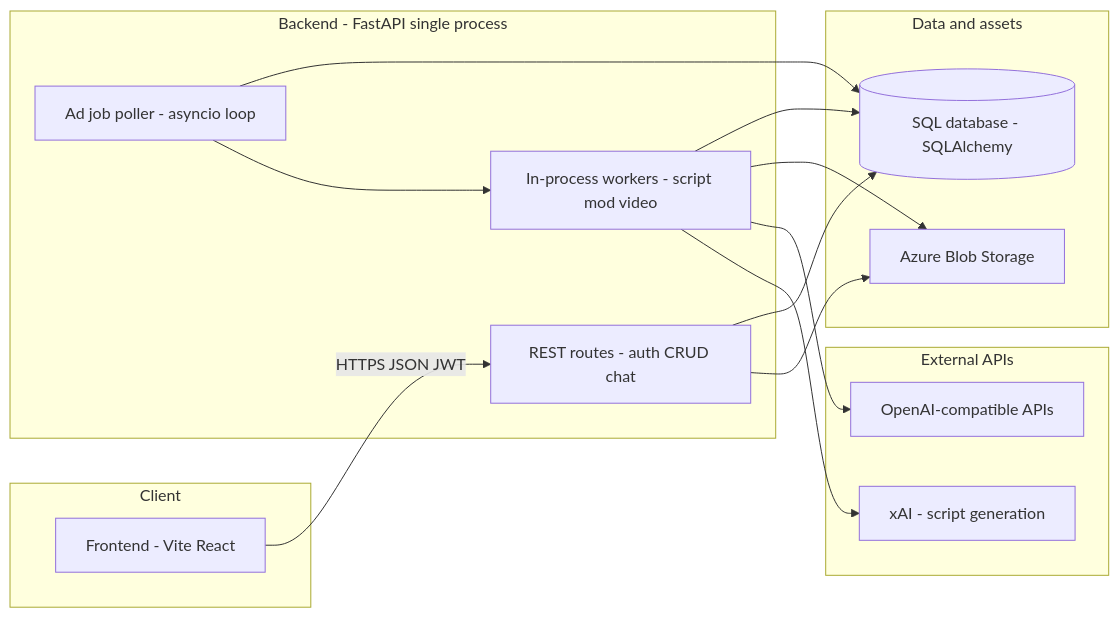
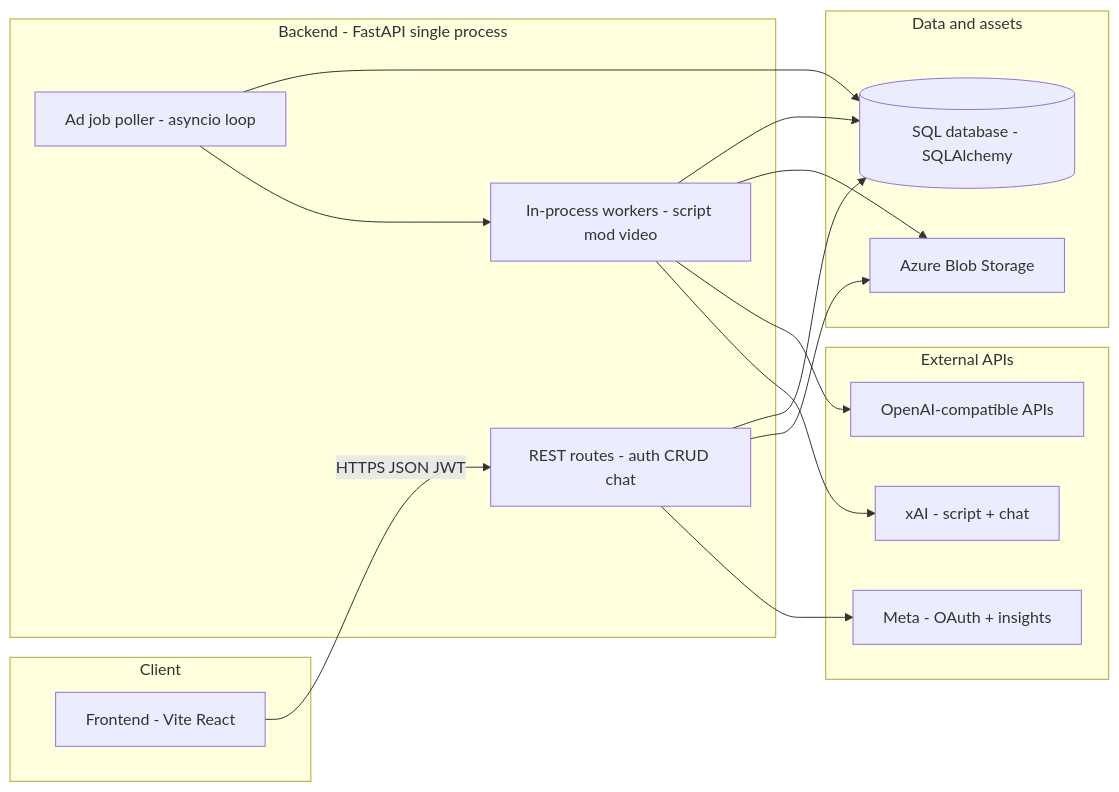
The diagram in agent_resources/ARCHITECTURE.md (dartmouth-cs98/project-ad-gentic-ai), drawn with Mermaid before and after one commit. The commit also changed other lines of this file and 27 other files, not shown here.

First line of the commit message:
Add generation preferences into script generation and generate preview based off chat plan (#214)

````diff
--- a/agent_resources/ARCHITECTURE.md
+++ b/agent_resources/ARCHITECTURE.md
@@ -15,32 +15,34 @@
 ```mermaid
 flowchart LR
   subgraph client [Client]
     UI[Frontend - Vite React]
   end
 
   subgraph api [Backend - FastAPI single process]
     HTTP[REST routes - auth CRUD chat]
     POLL[Ad job poller - asyncio loop]
     W[In-process workers - script mod video]
   end
 
   subgraph data [Data and assets]
     DB[(SQL database - SQLAlchemy)]
     BLOB[Azure Blob Storage]
   end
 
   subgraph ext [External APIs]
     OAI[OpenAI-compatible APIs]
-    XAI[xAI - script generation]
+    XAI[xAI - script + chat]
+    META[Meta - OAuth + insights]
   end
 
   UI -->|HTTPS JSON JWT| HTTP
   HTTP --> DB
   HTTP --> BLOB
   POLL --> DB
   POLL --> W
   W --> DB
   W --> BLOB
   W --> OAI
   W --> XAI
+  HTTP --> META
 ```
````
